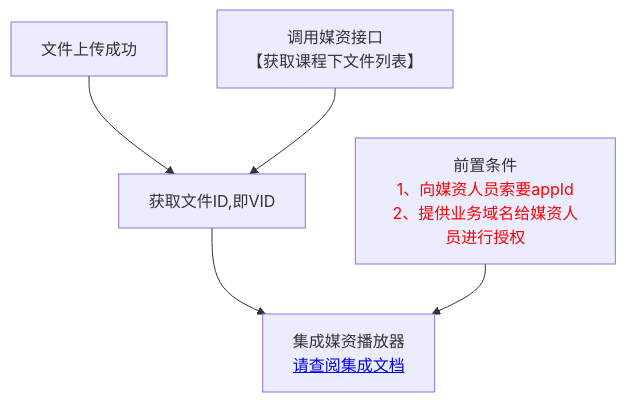
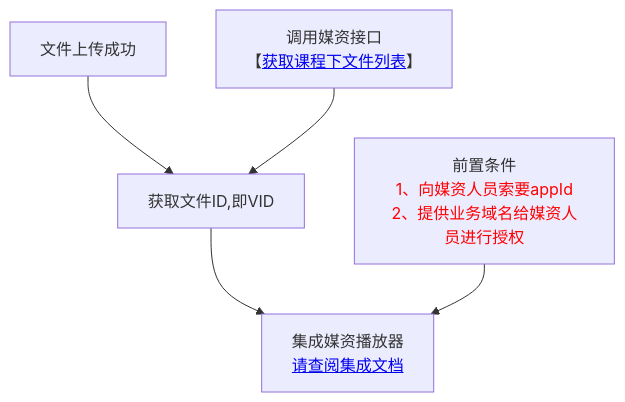
The second of 2 diagrams in README.md (hey-future/learn_java), drawn with Mermaid before and after one commit.

Commit message:
更新文档

````diff
--- a/README.md
+++ b/README.md
@@ -33,9 +33,9 @@
 ```mermaid
 flowchart
 A[文件上传成功]-->B[获取文件ID（VID）]
-C[调用媒资接口<br>【获取课程下文件列表】
+C[调用媒资接口<br>【<a href='https://docs.apipost.net/docs/detail/3d789fea9001000?target_id=1bcd9cfd7d50a3'>获取课程下文件列表</a>】
 ]-->B[获取文件ID,即VID]
 B-->D[集成媒资播放器<br><a href="https://github.com/hey-future/player/tree/master/vue">请查阅集成文档<a>]
 E[前置条件<br><font color="red">1、向媒资人员索要appId<br>2、提供业务域名给媒资人员进行授权</font>]-->D
 
 ```
````
